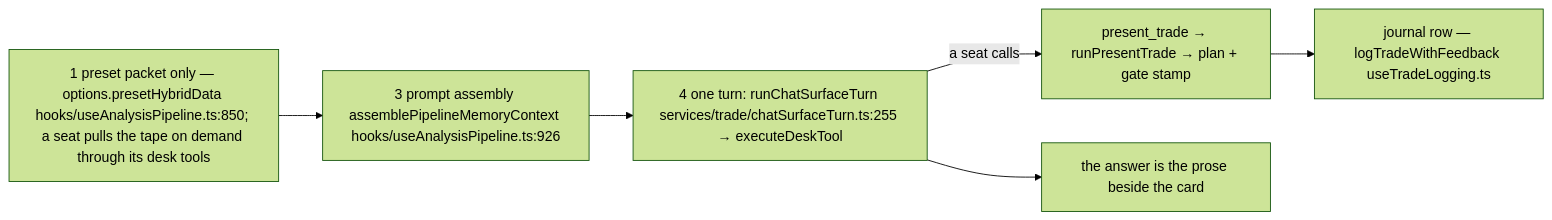
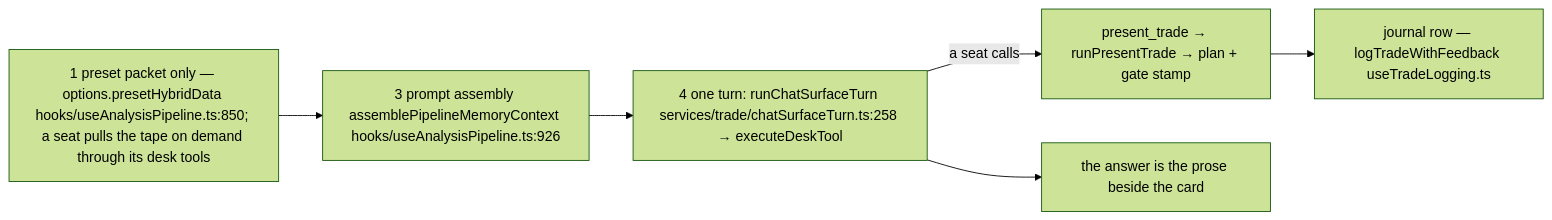
Before and after one commit to Acepay25/august-3.5: the third of 8 diagrams in docs/app-flow.md, drawn with Mermaid (forest theme). The commit also changed other lines of this file and 6 other files, not shown here.

````diff
--- a/docs/app-flow.md
+++ b/docs/app-flow.md
@@ -260,8 +260,8 @@
 ```mermaid
 flowchart LR
     S1["1 preset packet only — options.presetHybridData hooks/useAnalysisPipeline.ts:850; a seat pulls the tape on demand through its desk tools"] --> S3["3 prompt assembly assemblePipelineMemoryContext hooks/useAnalysisPipeline.ts:926"]
-    S3 --> S4["4 one turn: runChatSurfaceTurn services/trade/chatSurfaceTurn.ts:255 → executeDeskTool"]
+    S3 --> S4["4 one turn: runChatSurfaceTurn services/trade/chatSurfaceTurn.ts:258 → executeDeskTool"]
     S4 -->|a seat calls| PT["present_trade → runPresentTrade → plan + gate stamp"]
     PT --> JR["journal row — logTradeWithFeedback useTradeLogging.ts"]
     S4 --> ANS["the answer is the prose beside the card"]
 ```
````
